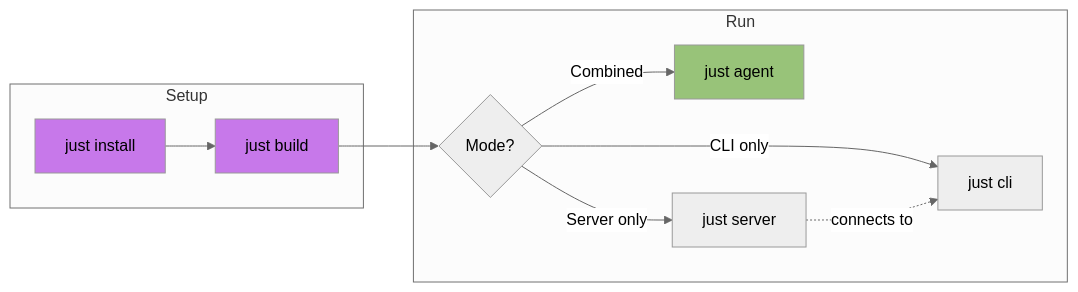
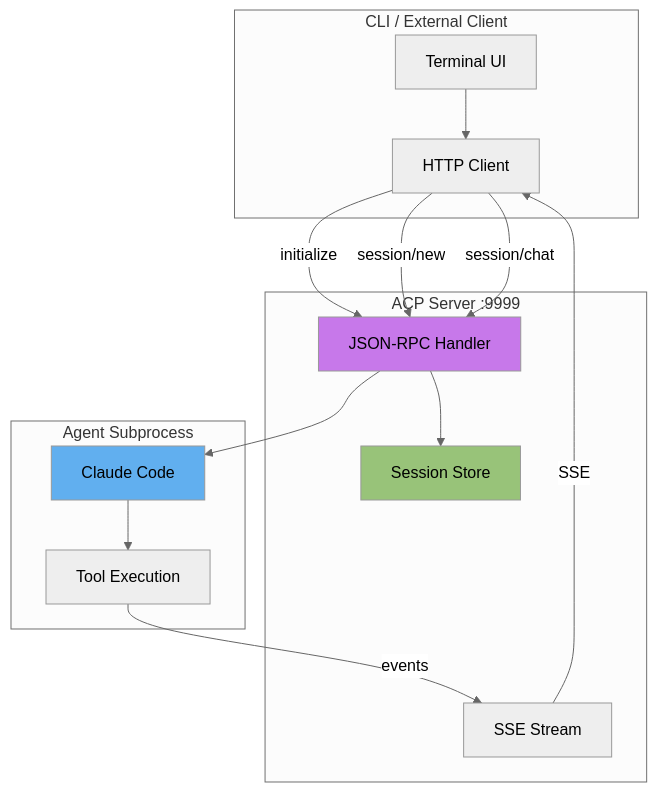
One commit to hdresearch/agent changed the diagram in README.md. Above: the diagram before and after it, drawn with Mermaid (neutral theme). The commit also changed other lines of this file and 20 other files, not shown here.

````diff
--- a/README.md
+++ b/README.md
@@ -76,16 +25,32 @@
 ```mermaid
-flowchart LR
-    subgraph Setup
-        A[just install] --> B[just build]
+flowchart TB
+    subgraph Client["CLI / External Client"]
+        A[Terminal UI]
+        B[HTTP Client]
     end
-    subgraph Run
-        B --> C{Mode?}
-        C -->|Combined| D[just agent]
-        C -->|Server only| E[just server]
-        C -->|CLI only| F[just cli]
-        E -.->|connects to| F
+    
+    subgraph Server["ACP Server :9999"]
+        C[JSON-RPC Handler]
+        D[Session Store]
+        E[SSE Stream]
     end
-    style A fill:#c778ea,color:#000
-    style B fill:#c778ea,color:#000
+    
+    subgraph Agent["Agent Subprocess"]
+        F[Claude Code]
+        G[Tool Execution]
+    end
+    
+    A --> B
+    B -->|initialize| C
+    B -->|session/new| C
+    B -->|session/chat| C
+    C --> D
+    C --> F
+    F --> G
+    G -->|events| E
+    E -->|SSE| B
+    
+    style C fill:#c778ea,color:#000
     style D fill:#98c379,color:#000
+    style F fill:#61afef,color:#000
 ```
````
